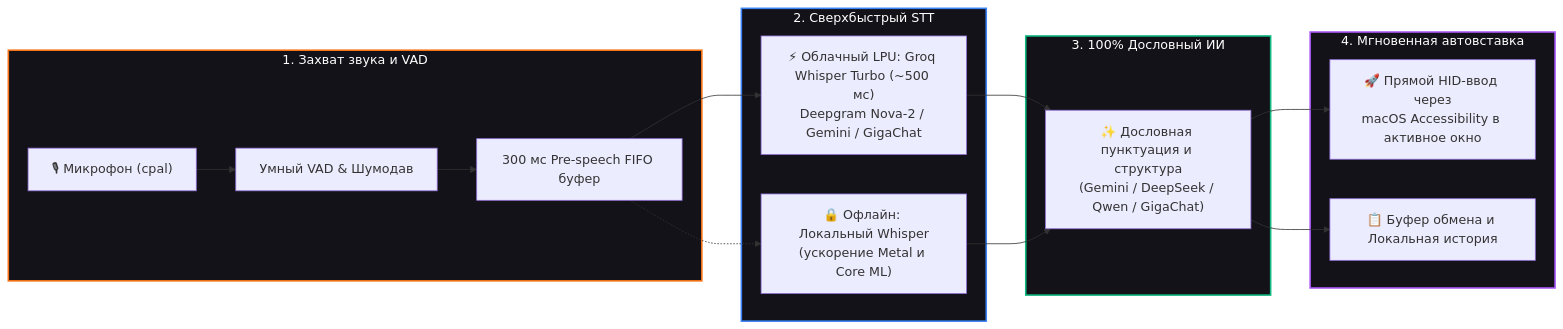
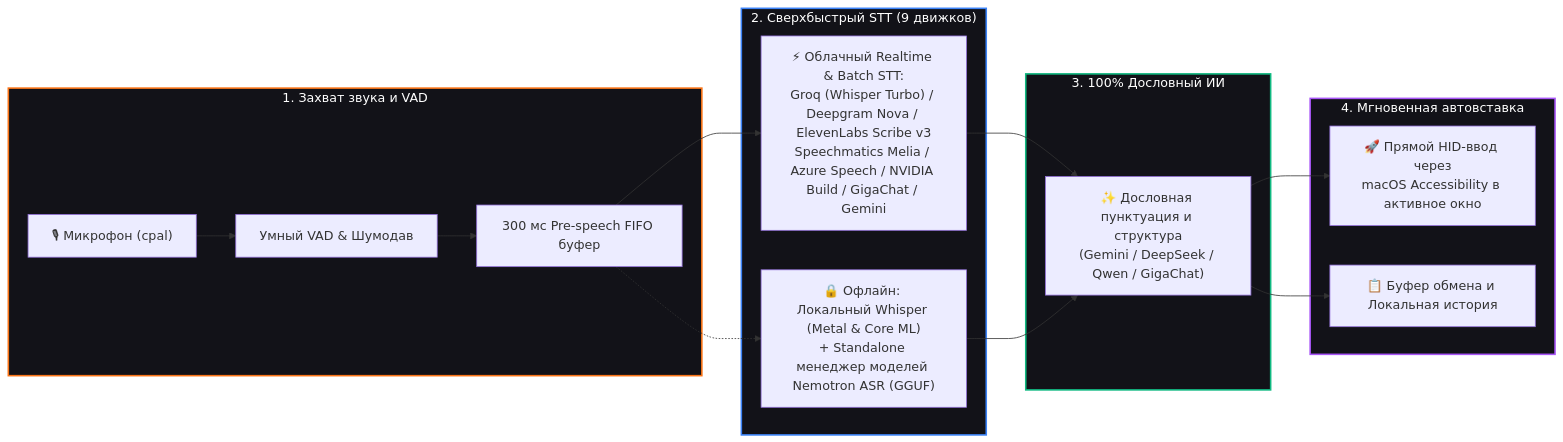
Before and after one commit to AVP-Dev/nyx-vox: the diagram in README.ru.md, drawn with Mermaid. The commit also changed other lines of this file and 4 other files, not shown here.

````diff
--- a/README.ru.md
+++ b/README.ru.md
@@ -32,27 +32,27 @@
 ```mermaid
 graph LR
     subgraph Step1 ["1. Захват звука и VAD"]
         MIC["🎙 Микрофон (cpal)"] --> VAD["Умный VAD & Шумодав"]
         VAD --> BUFF["300 мс Pre-speech FIFO буфер"]
     end
 
-    subgraph Step2 ["2. Сверхбыстрый STT"]
-        BUFF --> CLOUD["⚡ Облачный LPU: Groq Whisper Turbo (~500 мс)<br/>Deepgram Nova-2 / Gemini / GigaChat"]
-        BUFF -.-> LOCAL["🔒 Офлайн: Локальный Whisper<br/>(ускорение Metal и Core ML)"]
+    subgraph Step2 ["2. Сверхбыстрый STT (9 движков)"]
+        BUFF --> CLOUD["⚡ Облачный Realtime & Batch STT:<br/>Groq (Whisper Turbo) / Deepgram Nova / ElevenLabs Scribe v3<br/>Speechmatics Melia / Azure Speech / NVIDIA Build / GigaChat / Gemini"]
+        BUFF -.-> LOCAL["🔒 Офлайн: Локальный Whisper (Metal & Core ML)<br/>+ Standalone менеджер моделей Nemotron ASR (GGUF)"]
     end
 
     subgraph Step3 ["3. 100% Дословный ИИ"]
         CLOUD --> LLM["✨ Дословная пунктуация и структура<br/>(Gemini / DeepSeek / Qwen / GigaChat)"]
         LOCAL --> LLM
     end
 
     subgraph Step4 ["4. Мгновенная автовставка"]
         LLM --> PASTE["🚀 Прямой HID-ввод через<br/>macOS Accessibility в активное окно"]
         LLM --> CLIP["📋 Буфер обмена и Локальная история"]
     end
 
     style Step1 fill:#121218,stroke:#f97316,stroke-width:2px,color:#fff
     style Step2 fill:#121218,stroke:#3b82f6,stroke-width:2px,color:#fff
     style Step3 fill:#121218,stroke:#10b981,stroke-width:2px,color:#fff
     style Step4 fill:#121218,stroke:#a855f7,stroke-width:2px,color:#fff
 ```
````
